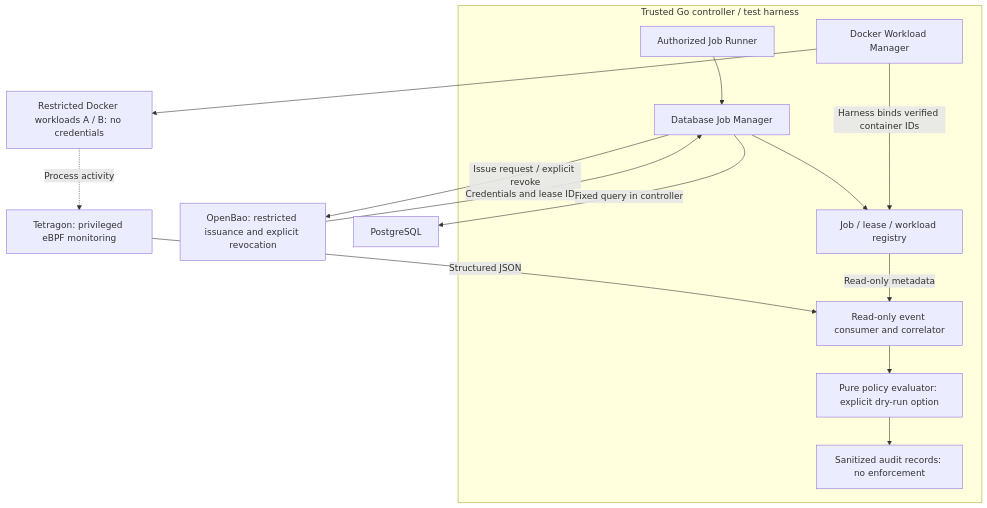
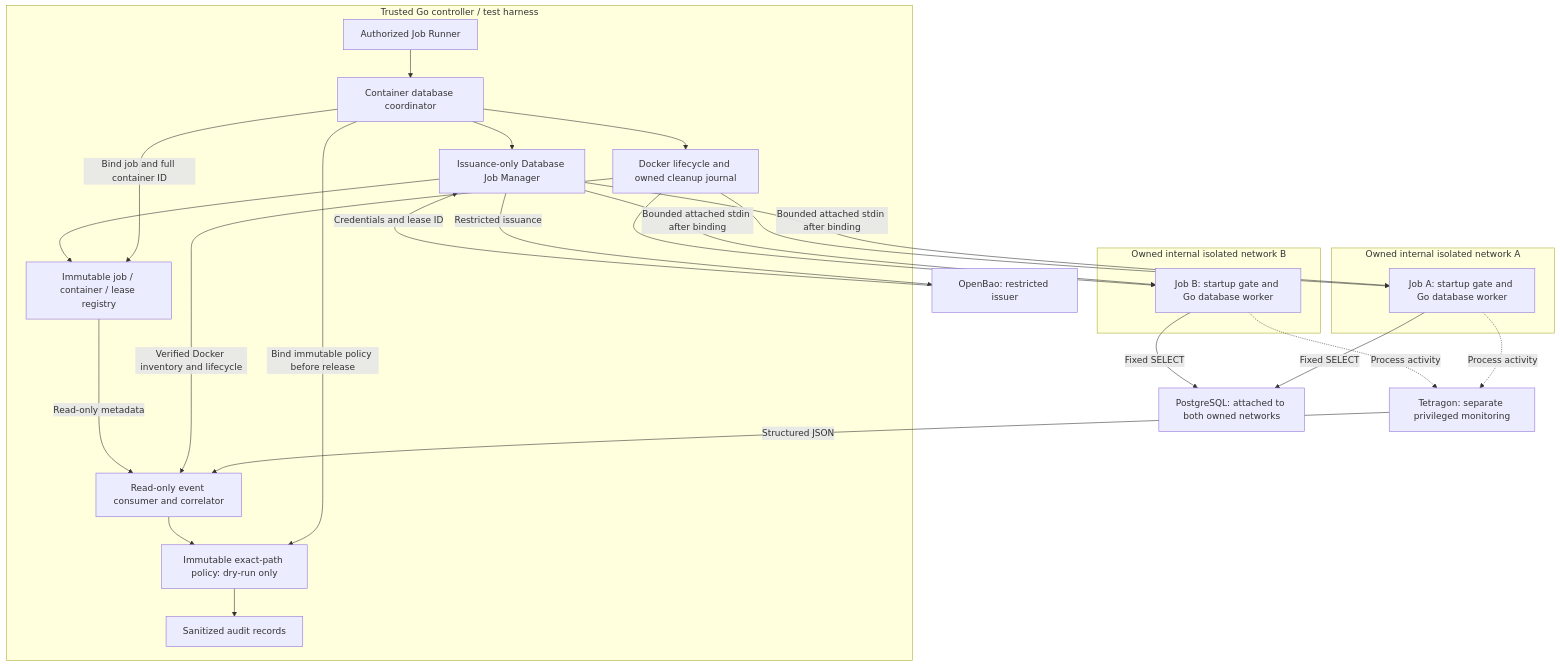
The diagram in README.md (grdamico/runawaybao), drawn with Mermaid before and after one commit. The commit also changed other lines of this file and 29 other files, not shown here.

Commit message:
feat(workloads): add monitored containerized PostgreSQL jobs

````diff
--- a/README.md
+++ b/README.md
@@ -18,28 +18,43 @@
 ```mermaid
 flowchart TB
     subgraph Controller["Trusted Go controller / test harness"]
         Runner["Authorized Job Runner"]
-        Manager["Database Job Manager"]
-        Registry["Job / lease / workload registry"]
-        Launcher["Docker Workload Manager"]
+        Coordinator["Container database coordinator"]
+        Manager["Issuance-only Database Job Manager"]
+        Registry["Immutable job / container / lease registry"]
+        Launcher["Docker lifecycle and owned cleanup journal"]
         Observer["Read-only event consumer and correlator"]
-        Policy["Pure policy evaluator: explicit dry-run option"]
-        Audit["Sanitized audit records: no enforcement"]
+        Policy["Immutable exact-path policy: dry-run only"]
+        Audit["Sanitized audit records"]
     end
-    Bao["OpenBao: restricted issuance and explicit revocation"]
-    PG["PostgreSQL"]
-    Jobs["Restricted Docker workloads A / B: no credentials"]
-    Tetragon["Tetragon: privileged eBPF monitoring"]
-    Runner --> Manager
-    Manager -->|"Issue request / explicit revoke"| Bao
+    Bao["OpenBao: restricted issuer"]
+    PG["PostgreSQL: attached to both owned networks"]
+    subgraph NetA["Owned internal isolated network A"]
+        A["Job A: startup gate and Go database worker"]
+    end
+    subgraph NetB["Owned internal isolated network B"]
+        B["Job B: startup gate and Go database worker"]
+    end
+    Tetragon["Tetragon: separate privileged monitoring"]
+    Runner --> Coordinator
+    Coordinator --> Manager
+    Coordinator --> Launcher
+    Coordinator -->|"Bind job and full container ID"| Registry
+    Coordinator -->|"Bind immutable policy before release"| Policy
+    Manager -->|"Restricted issuance"| Bao
     Bao -->|"Credentials and lease ID"| Manager
-    Manager -->|"Fixed query in controller"| PG
     Manager --> Registry
-    Launcher -->|"Harness binds verified container IDs"| Registry
-    Launcher --> Jobs
-    Jobs -.->|"Process activity"| Tetragon
+    Manager -->|"Bounded attached stdin after binding"| A
+    Manager -->|"Bounded attached stdin after binding"| B
+    Launcher --> A
+    Launcher --> B
+    A -->|"Fixed SELECT"| PG
+    B -->|"Fixed SELECT"| PG
+    A -.->|"Process activity"| Tetragon
+    B -.->|"Process activity"| Tetragon
     Tetragon -->|"Structured JSON"| Observer
+    Launcher -->|"Verified Docker inventory and lifecycle"| Observer
     Registry -->|"Read-only metadata"| Observer
     Observer --> Policy
     Policy --> Audit
 ```
````
